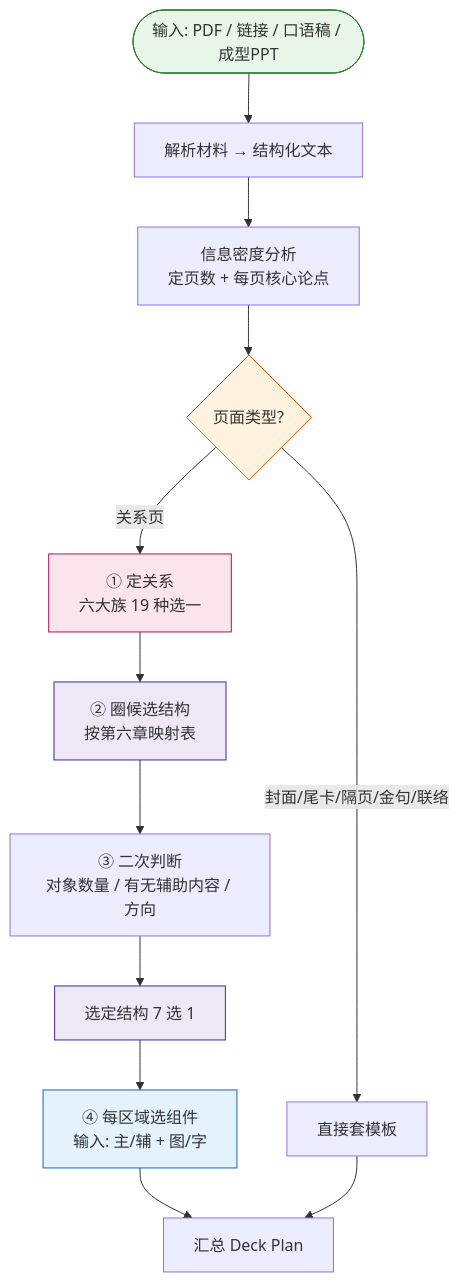
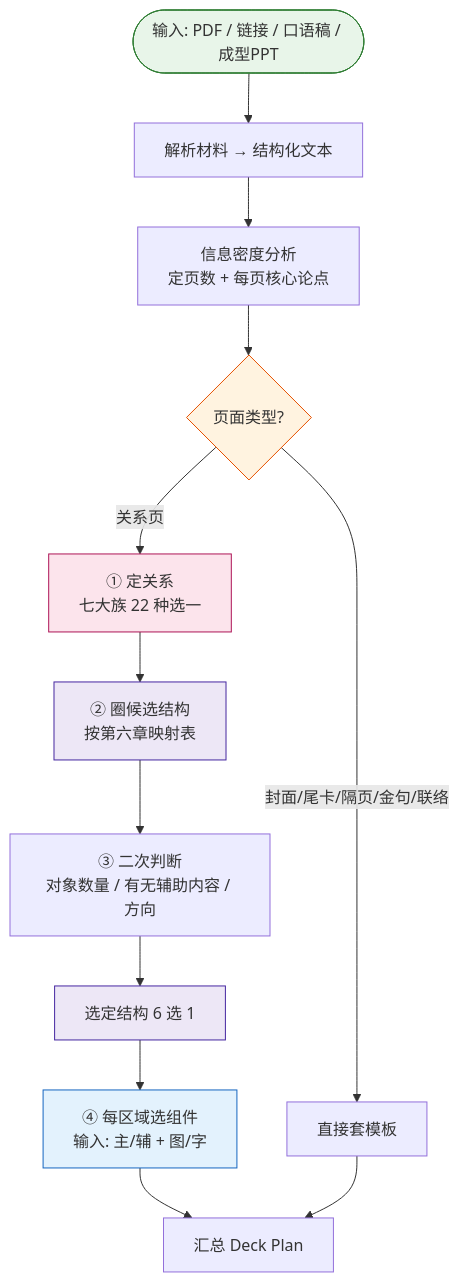
Before and after one commit to WiseWong6/wise-ppt: the diagram in skill-design.md, drawn with Mermaid. The commit also changed other lines of this file and 1 other file, not shown here.

````diff
--- a/skill-design.md
+++ b/skill-design.md
@@ -10,29 +10,29 @@
 ```mermaid
 flowchart TD
     Start([输入: PDF / 链接 / 口语稿 / 成型PPT]) --> Parse[解析材料 → 结构化文本]
 
     Parse --> Plan[信息密度分析<br/>定页数 + 每页核心论点]
 
     Plan --> PType{页面类型?}
     PType -->|"封面/尾卡/隔页/金句/联络"| Template[直接套模板]
-    PType -->|关系页| Relation[① 定关系<br/>六大族 19 种选一]
+    PType -->|关系页| Relation[① 定关系<br/>七大族 22 种选一]
 
     Relation --> Struct[② 圈候选结构<br/>按第六章映射表]
 
     Struct --> Judge[③ 二次判断<br/>对象数量 / 有无辅助内容 / 方向]
 
-    Judge --> Sel[选定结构 7 选 1]
+    Judge --> Sel[选定结构 6 选 1]
 
     Sel --> Comp[④ 每区域选组件<br/>输入: 主/辅 + 图/字]
 
     Comp --> Deck[汇总 Deck Plan]
 
     Template --> Deck
 
     style Start fill:#e8f5e9,stroke:#2e7d32
     style PType fill:#fff3e0,stroke:#e65100
     style Relation fill:#fce4ec,stroke:#ad1457
     style Struct fill:#ede7f6,stroke:#4527a0
     style Sel fill:#ede7f6,stroke:#4527a0
     style Comp fill:#e3f2fd,stroke:#1565c0
 ```
````
